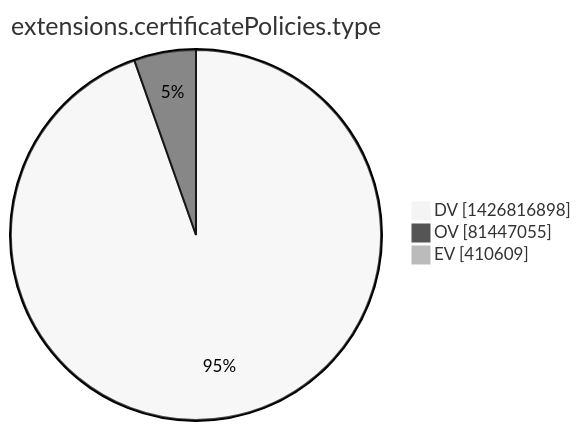
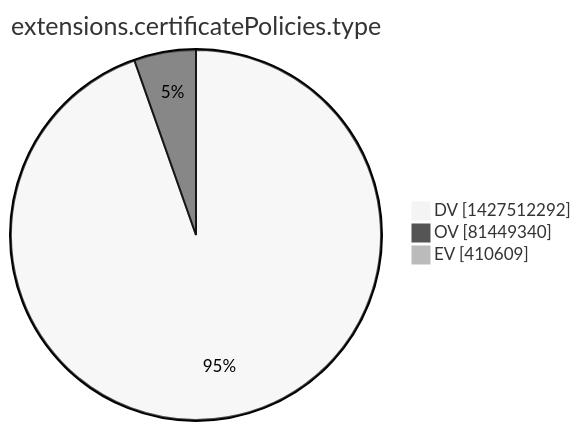
The tenth of 15 diagrams in xenon2022/README.md (christiankrug/ctmonitor_visualization), drawn with Mermaid (neutral theme) before and after one commit. The commit also changed other lines of this file, not shown here.

````diff
--- a/xenon2022/README.md
+++ b/xenon2022/README.md
@@ -2867,7 +2867,7 @@
 ```mermaid
 pie showData
 title extensions.certificatePolicies.type
-"DV" :1426816898
-"OV" :81447055
+"DV" :1427512292
+"OV" :81449340
 "EV" :410609
 ```
````
